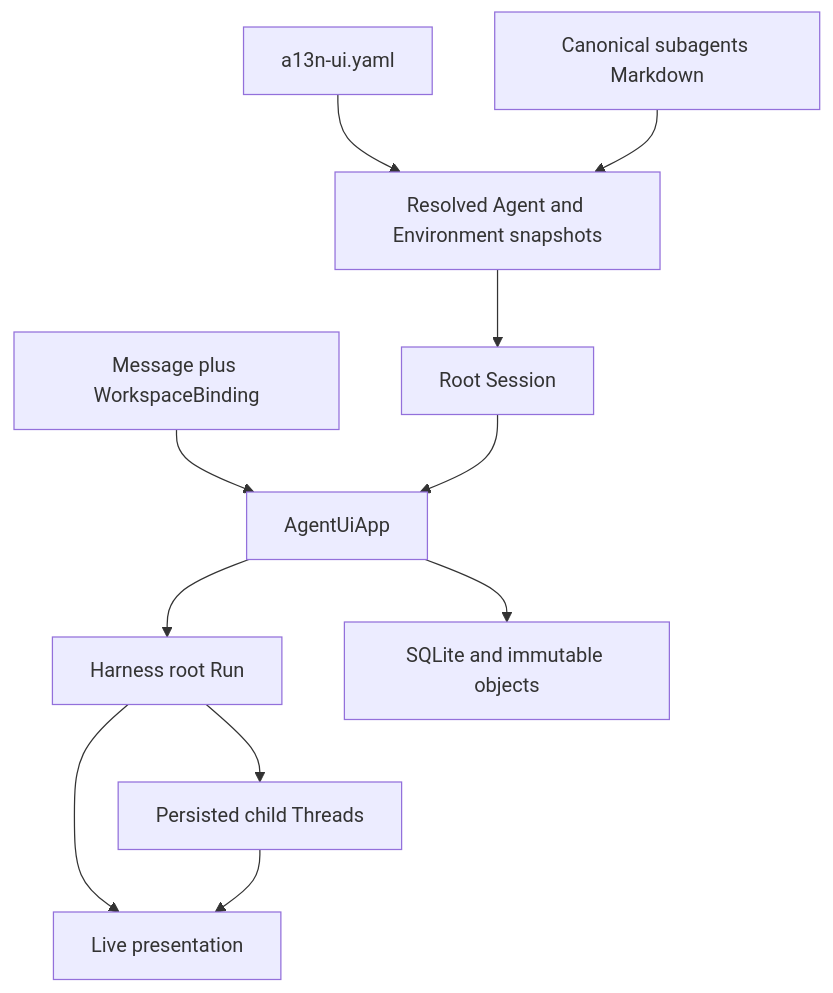
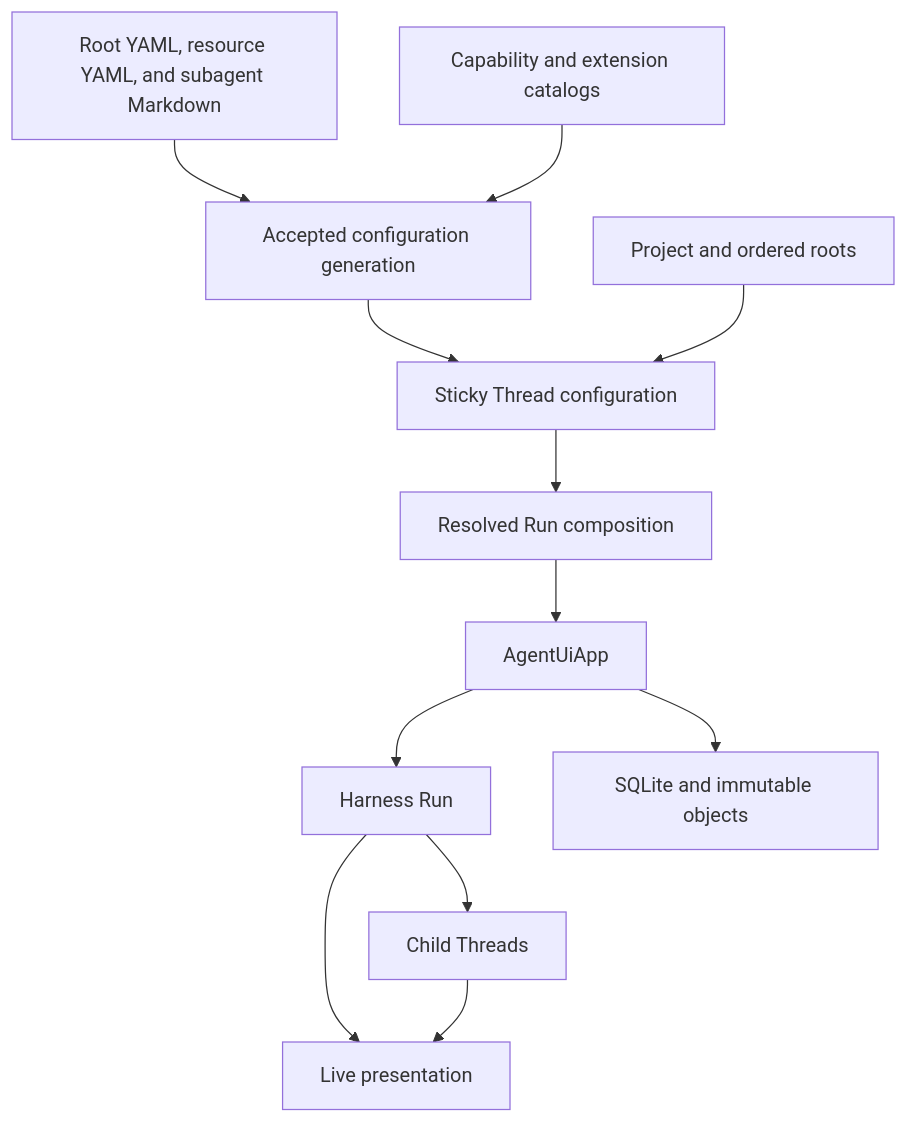
The first of 3 diagrams in spec/agent-ui/00-overview.md (LTThreeComma/agent-foundation), drawn with Mermaid before and after one commit. The commit also changed other lines of this file and 17 other files, not shown here.

First line of the commit message:
docs(agent-ui): define local configuration and runtime model (#114)

````diff
--- a/spec/agent-ui/00-overview.md
+++ b/spec/agent-ui/00-overview.md
@@ -13,20 +13,23 @@
 ```mermaid
 flowchart TB
-    Config[a13n-ui.yaml]
-    Markdown[Canonical subagents Markdown]
-    Snapshot[Resolved Agent and Environment snapshots]
-    Session[Root Session]
-    Binding[Message plus WorkspaceBinding]
+    Files[Root YAML, resource YAML, and subagent Markdown]
+    Catalogs[Capability and extension catalogs]
+    Generation[Accepted configuration generation]
+    Project[Project and ordered roots]
+    Thread[Sticky Thread configuration]
+    Capture[Resolved Run composition]
     App[AgentUiApp]
-    Harness[Harness root Run]
-    Children[Persisted child Threads]
+    Harness[Harness Run]
+    Children[Child Threads]
     Store[SQLite and immutable objects]
     Live[Live presentation]
 
-    Config & Markdown --> Snapshot --> Session
-    Binding --> App
-    Session --> App --> Harness
+    Files --> Generation
+    Catalogs --> Generation
+    Generation --> Thread
+    Project --> Thread
+    Thread --> Capture --> App --> Harness
     Harness --> Children
     App --> Store
     Harness & Children --> Live
 ```
````
